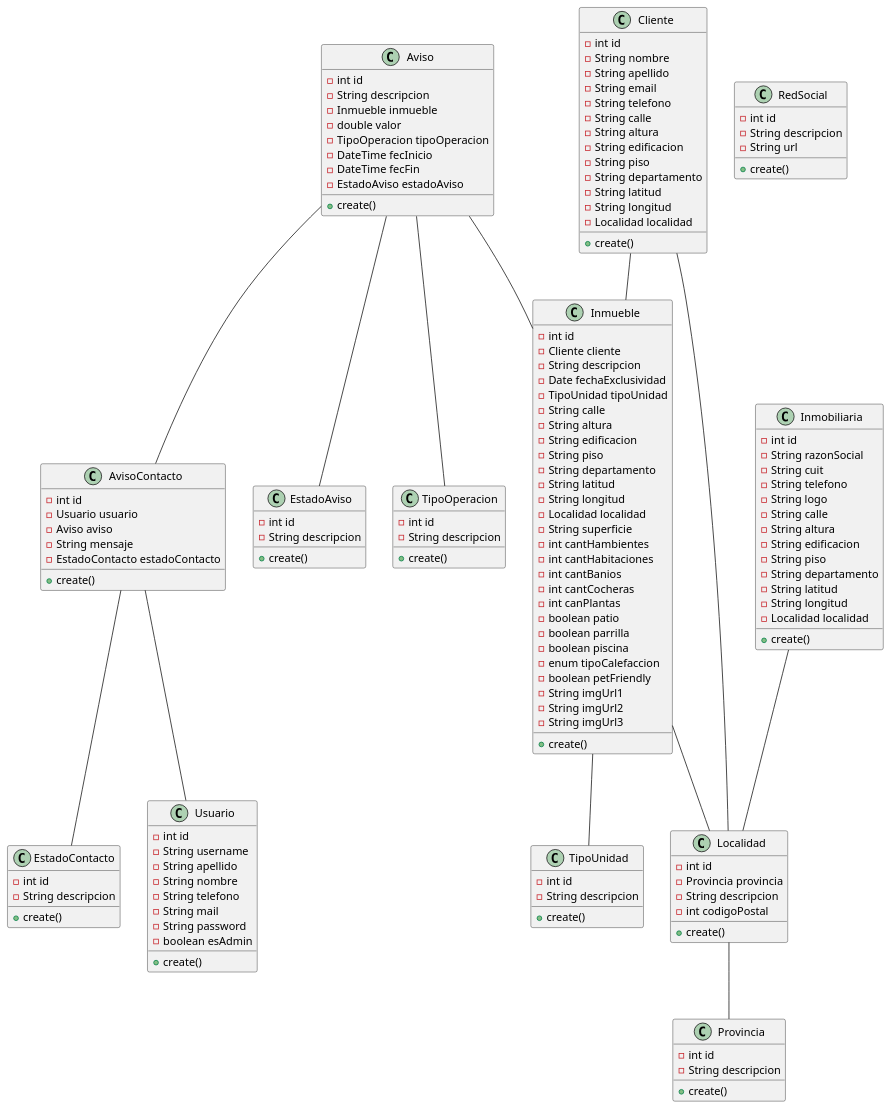
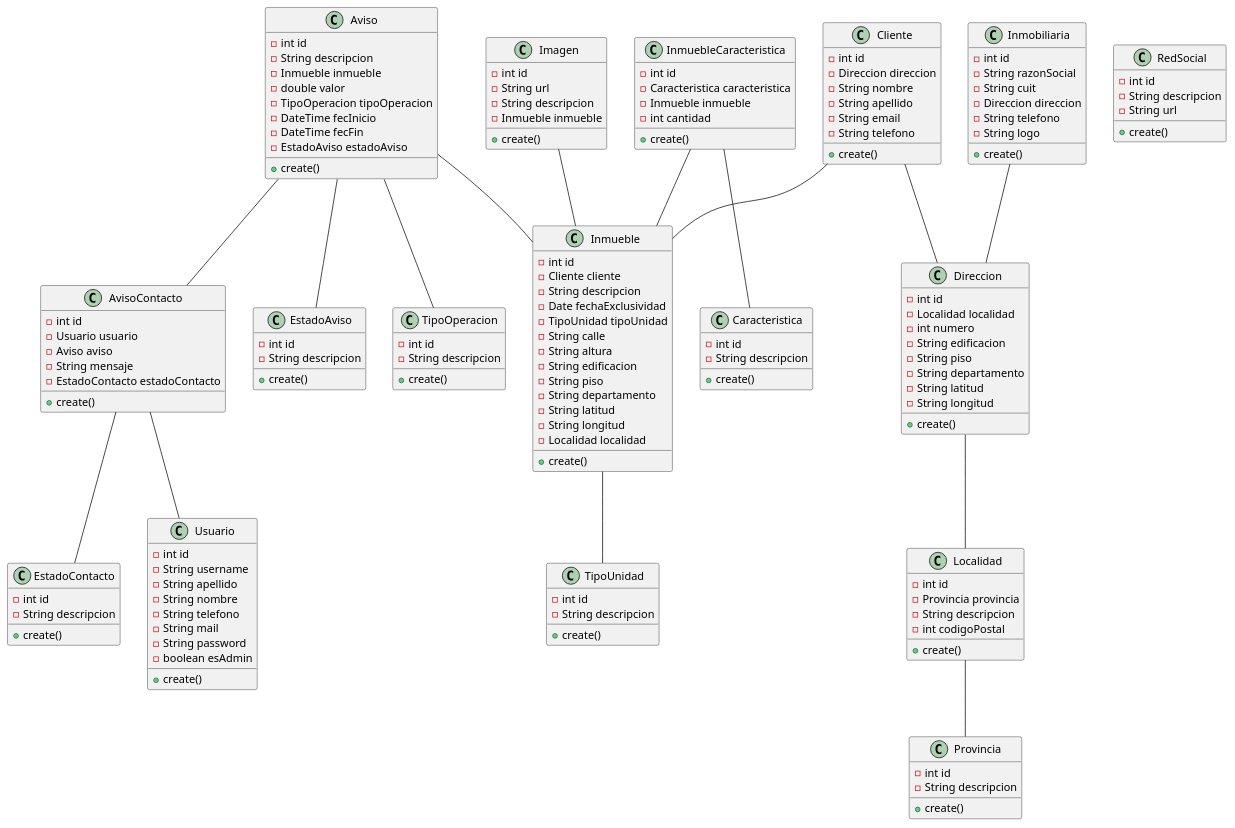
The diagram in module-simple/target/classes/domainapp/modules/simple/dom/DiagramaClases.puml (Cancerberos/inmobiliaria), drawn with PlantUML before and after one commit. The commit also changed 25 other files, not shown here.

Commit message:
ISSUE #38: Abm de clientes,Inmobiliaria, Actualizacion  Clientes,Localidad y Provincia

```diff
--- a/module-simple/target/classes/domainapp/modules/simple/dom/DiagramaClases.puml
+++ b/module-simple/target/classes/domainapp/modules/simple/dom/DiagramaClases.puml
@@ -1,158 +1,161 @@
 @startuml
 'https://plantuml.com/class-diagram
-
 class Aviso {
 - int id
 - String descripcion
 - Inmueble inmueble
 - double valor
 - TipoOperacion tipoOperacion
 - DateTime fecInicio
 - DateTime fecFin
 - EstadoAviso estadoAviso
 +create()
 }
 class AvisoContacto {
 -int id
 -Usuario usuario
 -Aviso aviso
 -String mensaje
 -EstadoContacto estadoContacto
 +create()
 }
-
+class Caracteristica{
+-int id
+-String descripcion
++create()
+}
 class Cliente{
 -int id
+-Direccion direccion
 -String nombre
 -String apellido
 -String email
 -String telefono
--String calle
--String altura
++create()
+}
+class Direccion{
+-int id
+-Localidad localidad
+-int numero
 -String edificacion
 -String piso
 -String departamento
 -String latitud
 -String longitud
--Localidad localidad
 +create()
 }
 class EstadoAviso{
 -int id
 -String descripcion
 +create()
 }
 class EstadoContacto{
 -int id
 -String descripcion
 +create()
 }
+class Imagen{
+-int id
+-String url
+-String descripcion
+-Inmueble inmueble
++create()
+}
 class Inmobiliaria {
 -int id
 -String razonSocial
 -String cuit
+-Direccion direccion
 -String telefono
 -String logo
--String calle
--String altura
--String edificacion
--String piso
--String departamento
--String latitud
--String longitud
--Localidad localidad
 +create()
 }
 class Inmueble {
 -int id
 -Cliente cliente
 -String descripcion
 -Date fechaExclusividad
 -TipoUnidad tipoUnidad
--String calle
--String altura
--String edificacion
--String piso
--String departamento
--String latitud
--String longitud
--Localidad localidad
--String superficie
--int cantHambientes
--int cantHabitaciones
--int cantBanios
--int cantCocheras
--int canPlantas
--boolean patio
--boolean parrilla
--boolean piscina
--enum tipoCalefaccion
--boolean petFriendly
--String imgUrl1
--String imgUrl2
--String imgUrl3
+ -String calle
+ -String altura
+ -String edificacion
+ -String piso
+ -String departamento
+ -String latitud
+ -String longitud
+ -Localidad localidad
 
 +create()
 }
-
+class InmuebleCaracteristica {
+-int id
+-Caracteristica caracteristica
+-Inmueble inmueble
+-int cantidad
++create()
+}
 class Localidad {
 -int id
 -Provincia provincia
 -String descripcion
 -int codigoPostal
 +create()
 }
 class Provincia {
 -int id
 -String descripcion
 +create()
 }
 class RedSocial {
 -int id
 -String descripcion
 -String url
 +create()
 }
 class TipoOperacion {
 -int id
 -String descripcion
 +create()
 }
 class TipoUnidad {
 -int id
 -String descripcion
 +create()
 }
 class Usuario {
 -int id
 -String username
 -String apellido
 -String nombre
 -String telefono
 -String mail
 -String password
 -boolean esAdmin
 +create()
 }
 
 Aviso -- AvisoContacto
 Aviso -- Inmueble
 Aviso -- TipoOperacion
 Aviso -- EstadoAviso
 
 AvisoContacto -- Usuario
 AvisoContacto -- EstadoContacto
 
-
+Cliente -- Direccion
 Cliente -- Inmueble
 
 Inmueble -- TipoUnidad
-Inmueble -- Localidad
-Inmobiliaria -- Localidad
 
-Cliente -- Localidad
+InmuebleCaracteristica -- Caracteristica
+InmuebleCaracteristica -- Inmueble
+Imagen -- Inmueble
+
+Inmobiliaria -- Direccion
+
+Direccion -- Localidad
 Localidad -- Provincia
 
 
 
 @enduml
```
